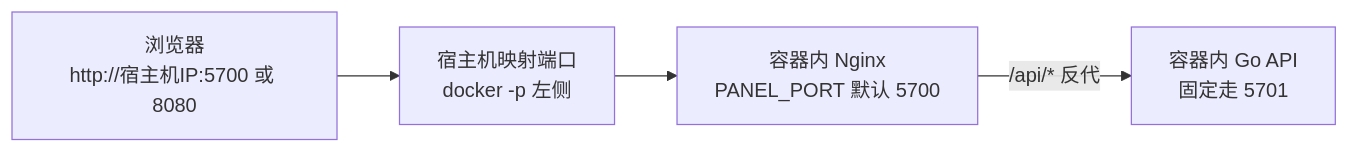
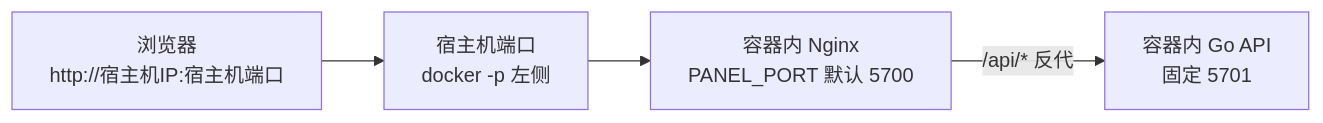
One commit to itsharex/daidai-panel changed the diagram in README.md. Above: the diagram before and after it, drawn with Mermaid. The commit also changed other lines of this file and 2 other files, not shown here.

````diff
--- a/README.md
+++ b/README.md
@@ -121,10 +198,10 @@
 ```mermaid
 flowchart LR
-    A[浏览器<br/>http://宿主机IP:5700 或 8080]
-    B[宿主机映射端口<br/>docker -p 左侧]
+    A[浏览器<br/>http://宿主机IP:宿主机端口]
+    B[宿主机端口<br/>docker -p 左侧]
     C[容器内 Nginx<br/>PANEL_PORT 默认 5700]
-    D[容器内 Go API<br/>固定走 5701]
+    D[容器内 Go API<br/>固定 5701]
 
     A --> B --> C
     C -->|/api/* 反代| D
 ```
````
